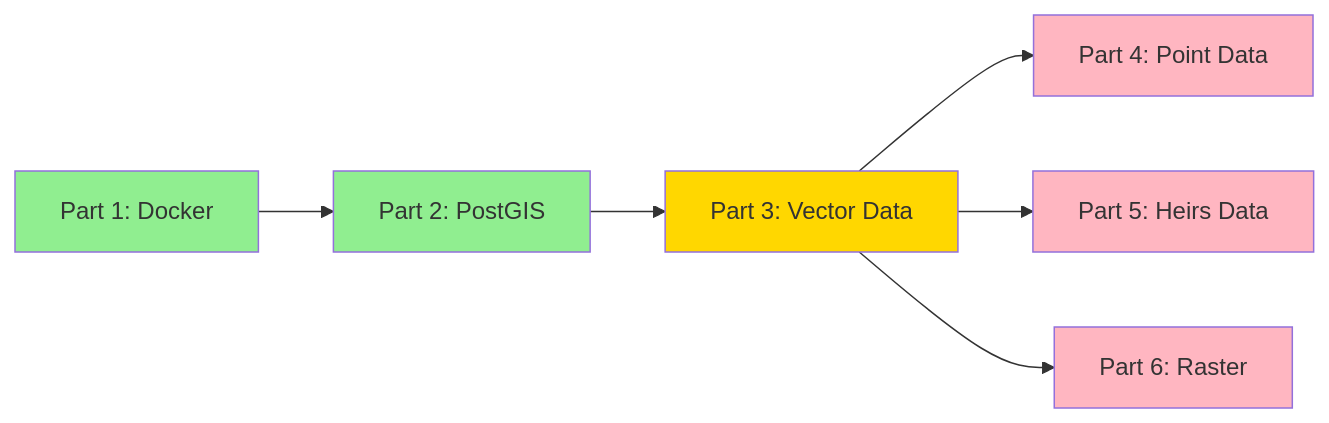
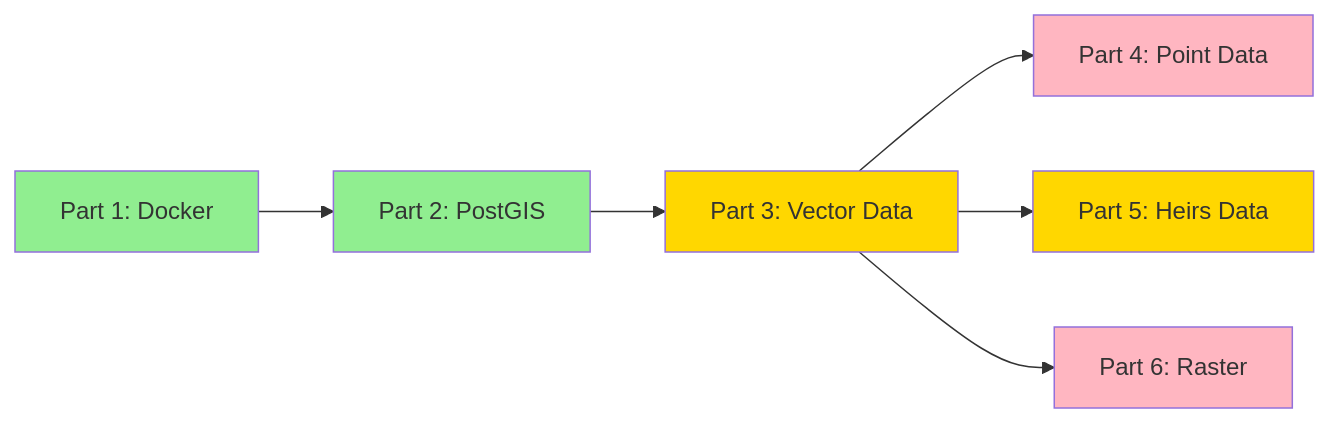
The diagram in docs/core/status.md (mihiarc/bigmap-zarr), drawn with Mermaid before and after one commit. The commit also changed other lines of this file and 30 other files, not shown here.

````diff
--- a/docs/core/status.md
+++ b/docs/core/status.md
@@ -8,19 +8,19 @@
 ```mermaid
 graph LR
     P1[Part 1: Docker]:::done
     P2[Part 2: PostGIS]:::done
     P3[Part 3: Vector Data]:::inprogress
     P4[Part 4: Point Data]:::pending
-    P5[Part 5: Heirs Data]:::pending
+    P5[Part 5: Heirs Data]:::inprogress
     P6[Part 6: Raster]:::pending
 
     P1 --> P2
     P2 --> P3
     P3 --> P4
     P3 --> P5
     P3 --> P6
 
     classDef done fill:#90EE90
     classDef inprogress fill:#FFD700
     classDef pending fill:#FFB6C1
 ```
````
